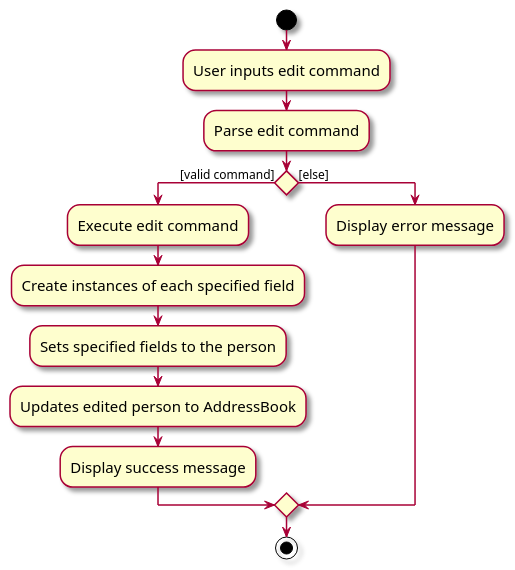
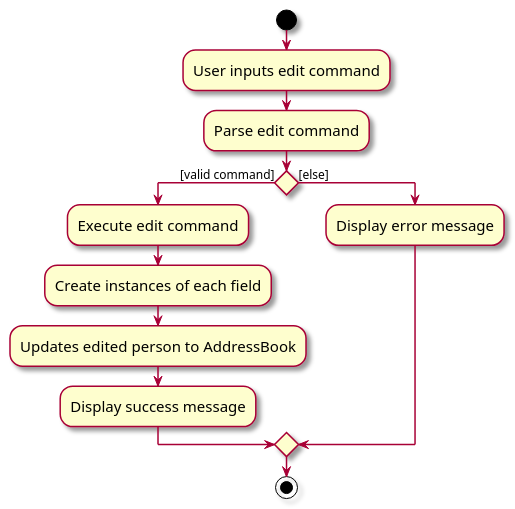
One commit to Ragnapop/tp changed the diagram in diagrams/EditDiagram.puml. Above: the diagram before and after it, drawn with PlantUML. The commit also changed 60 other files, not shown here.

```diff
--- a/diagrams/EditDiagram.puml
+++ b/diagrams/EditDiagram.puml
@@ -1,22 +1,21 @@
 @startuml
 skin rose
 skinparam ActivityFontSize 15
 skinparam ArrowFontSize 12
 start
 :User inputs edit command;
 :Parse edit command;
 
 'Since the beta syntax does not support placing the condition outside the
 'diamond we place it as the true branch instead.
 
 if () then ([valid command])
     :Execute edit command;
-    :Create instances of each specified field;
-    :Sets specified fields to the person;
+    :Create instances of each field;
     :Updates edited person to AddressBook;
     :Display success message;
 else ([else])
     :Display error message;
 endif
 stop
 @enduml
```
